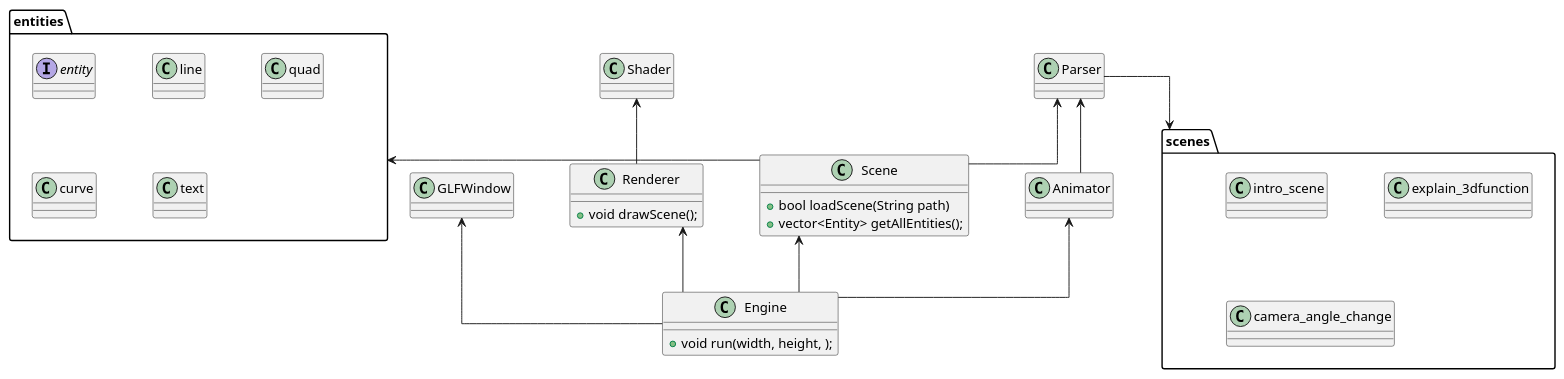
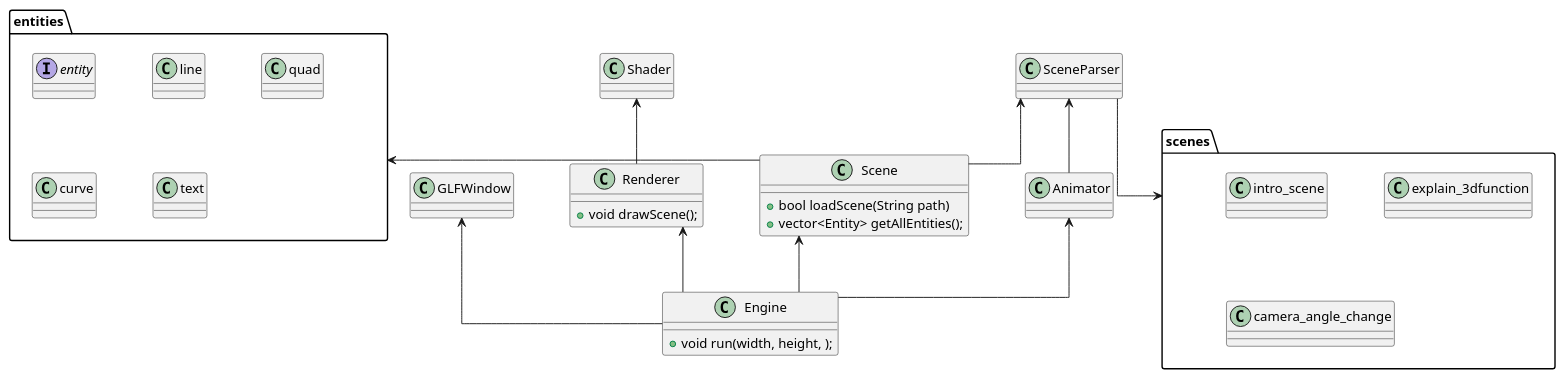
The diagram in docs/diagrams/class-diagram.puml (QchuDev/Animine), drawn with PlantUML before and after one commit. The commit also changed 2 other files, not shown here.

```diff
--- a/docs/diagrams/class-diagram.puml
+++ b/docs/diagrams/class-diagram.puml
@@ -1,59 +1,59 @@
 @startuml
 
 skinparam Linetype ortho
 skinparam Nodesep 60
 skinparam Ranksep 60
 
 class Engine {
     + void run(width, height, );
 }
 class GLFWindow {}
 GLFWindow <-- Engine
 
 class Renderer {
     + void drawScene();
 }
 Renderer <-- Engine
 
 class Shader {}
 Shader <-- Renderer
 
 
 'Here is where the magic happens, the animator should transform the entities attr.'
 'Each entity has a position, scale and rotation'
 'This class should be able to receive the path of some animations scripts.'
 'this scripts are just text files that contain key words for animating'
 
 'Scene is a class that contains all the entities within it'
 class Scene {
     + bool loadScene(String path)
     + vector<Entity> getAllEntities();
 }
 Scene <-- Engine
 
 
 package entities {
     interface entity {}
     class line {}
     class quad {}
     class curve {}
     class text {}
 }
 entities <-- Scene
 
 class Animator {}
 Animator<--Engine
 
 package scenes {
     class intro_scene{}
     class explain_3dfunction{}
     class camera_angle_change{}
 }
 
-class Parser {}
-Parser --> scenes
-Parser <-- Scene
-Parser <-- Animator
+class SceneParser {}
+SceneParser --> scenes
+SceneParser <-- Scene
+SceneParser <-- Animator
 
 
 @enduml
```
